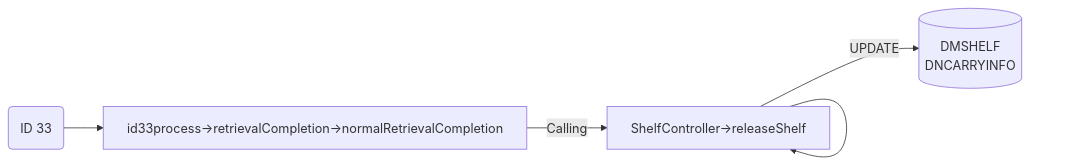
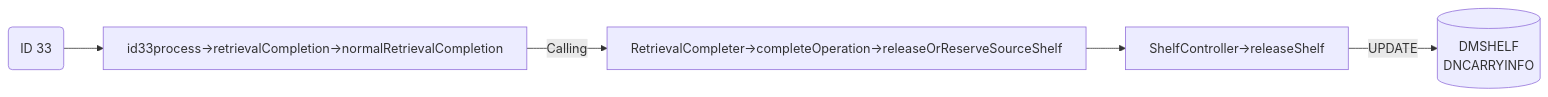
Before and after one commit to luthfiadityaa/SimeDarby-Wiki: the ninth of 19 diagrams in Basic-Design/DFD-WMS/Retrieval/Specific-Location-Retrieval-Setting.md, drawn with Mermaid.

Commit message:
Updated Specific Location Retrieval Setting

```diff
--- a/Basic-Design/DFD-WMS/Retrieval/Specific-Location-Retrieval-Setting.md
+++ b/Basic-Design/DFD-WMS/Retrieval/Specific-Location-Retrieval-Setting.md
@@ -429,16 +429,16 @@
 ::: mermaid
 flowchart LR
 
 id33("
 ID 33
 ")
 
 id33-update[("
 DMSHELF
 DNCARRYINFO
 ")]
 
 id33-->P1[id33process→retrievalCompletion→normalRetrievalCompletion]
 P1--> |Calling| P2[RetrievalCompleter→completeOperation→releaseOrReserveSourceShelf]
-P2-->P2[ShelfController→releaseShelf]--> |UPDATE| id33-update
+P2-->P3[ShelfController→releaseShelf]--> |UPDATE| id33-update
 :::
```
